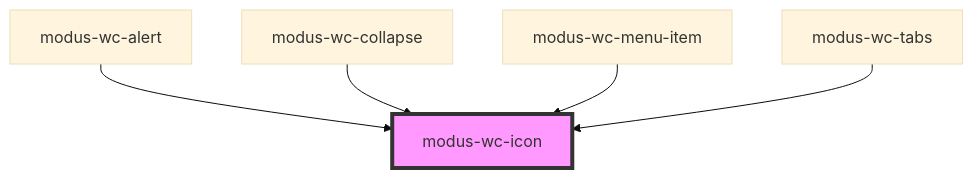
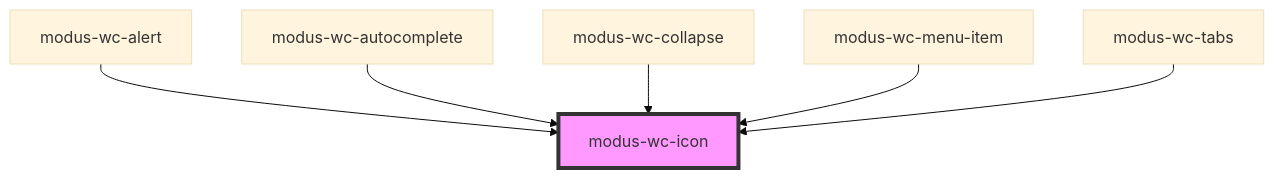
Before and after one commit to trimble-oss/modus-wc-2.0: the diagram in src/components/atoms/modus-wc-icon/readme.md, drawn with Mermaid (base theme). The commit also changed other lines of this file and 13 other files, not shown here.

````diff
--- a/src/components/atoms/modus-wc-icon/readme.md
+++ b/src/components/atoms/modus-wc-icon/readme.md
@@ -36,8 +37,9 @@
 ```mermaid
 graph TD;
   modus-wc-alert --> modus-wc-icon
+  modus-wc-autocomplete --> modus-wc-icon
   modus-wc-collapse --> modus-wc-icon
   modus-wc-menu-item --> modus-wc-icon
   modus-wc-tabs --> modus-wc-icon
   style modus-wc-icon fill:#f9f,stroke:#333,stroke-width:4px
 ```
````
